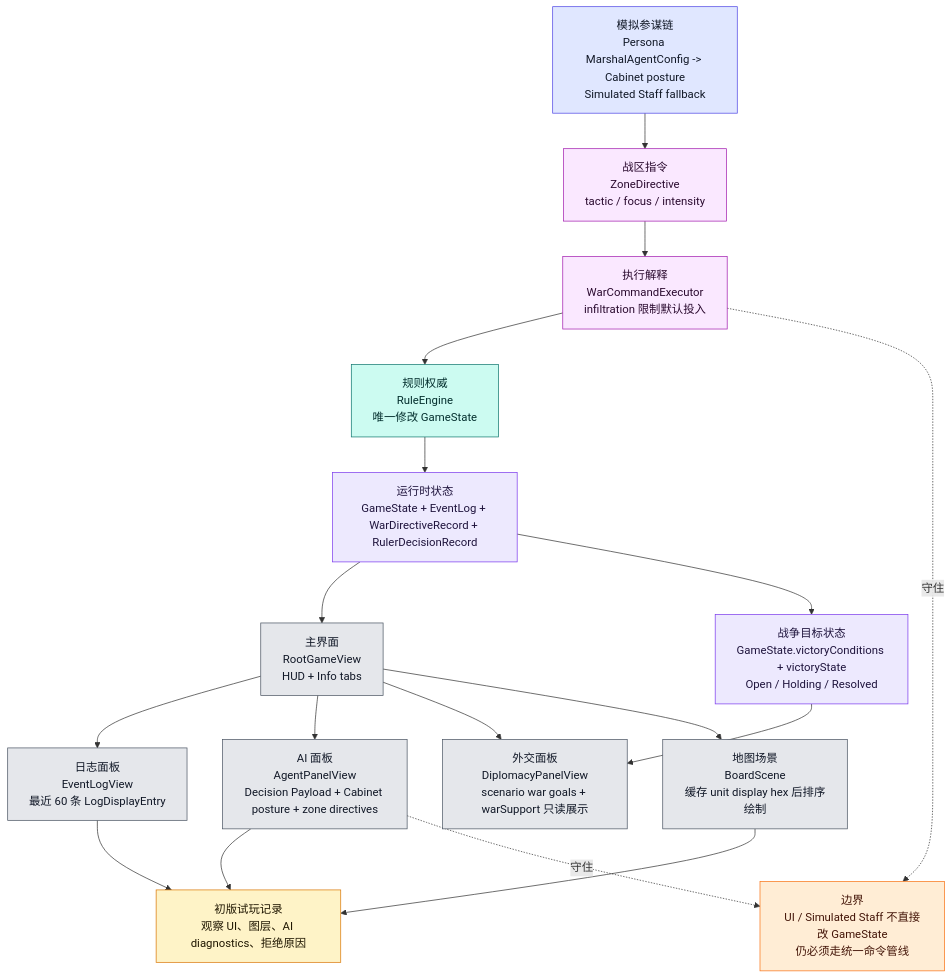
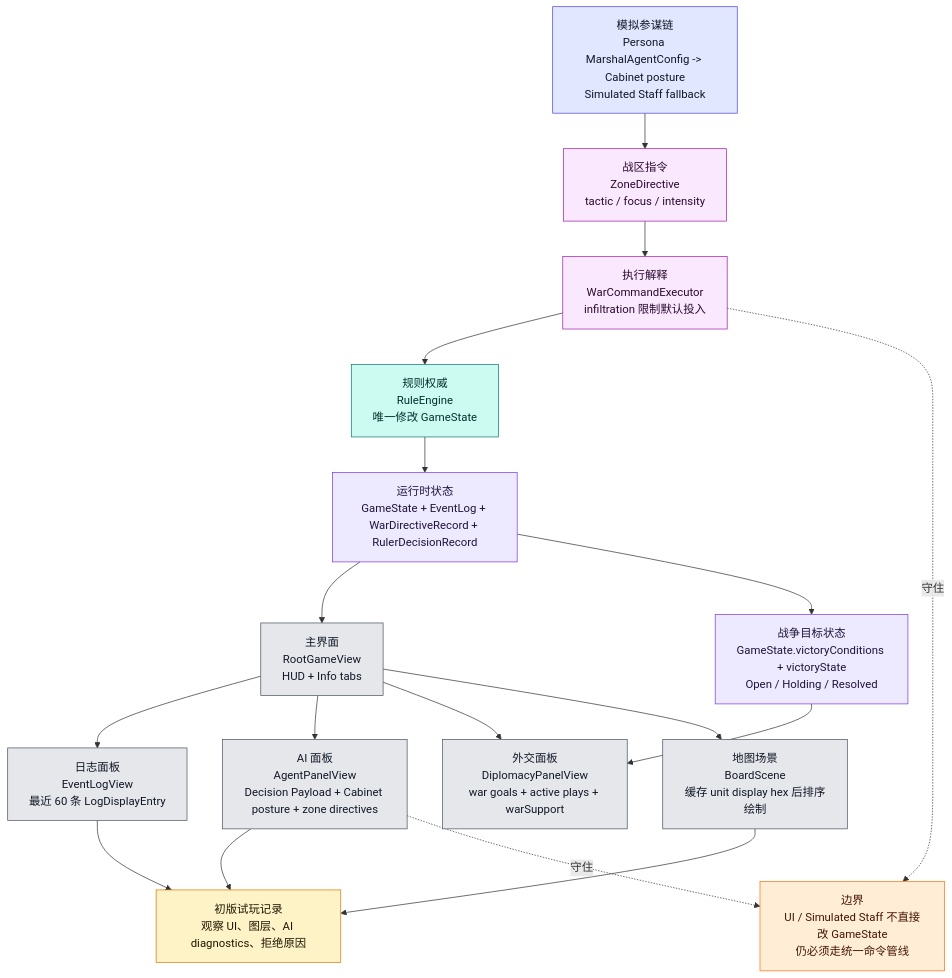
The eighth of 9 diagrams in md/flow/flowchart.md (Altman-sam114/126), drawn with Mermaid before and after one commit. The commit also changed other lines of this file and 9 other files, not shown here.

````diff
--- a/md/flow/flowchart.md
+++ b/md/flow/flowchart.md
@@ -432,38 +435,38 @@
 ```mermaid
 flowchart TD
     STATE["运行时状态<br/>GameState + EventLog + WarDirectiveRecord + RulerDecisionRecord"]:::state
     ROOT["主界面<br/>RootGameView<br/>HUD + Info tabs"]:::ui
     LOG["日志面板<br/>EventLogView<br/>最近 60 条 LogDisplayEntry"]:::ui
     AIUI["AI 面板<br/>AgentPanelView<br/>Decision Payload + Cabinet posture + zone directives"]:::ui
-    DIPUI["外交面板<br/>DiplomacyPanelView<br/>scenario war goals + warSupport 只读展示"]:::ui
+    DIPUI["外交面板<br/>DiplomacyPanelView<br/>war goals + active plays + warSupport"]:::ui
     GOALS["战争目标状态<br/>GameState.victoryConditions + victoryState<br/>Open / Holding / Resolved"]:::state
     BOARD["地图场景<br/>BoardScene<br/>缓存 unit display hex 后排序绘制"]:::ui
     MARSHAL["模拟参谋链<br/>Persona MarshalAgentConfig -> Cabinet posture<br/>Simulated Staff fallback"]:::ai
     ZD["战区指令<br/>ZoneDirective<br/>tactic / focus / intensity"]:::command
     WCE["执行解释<br/>WarCommandExecutor<br/>infiltration 限制默认投入"]:::command
     RULE["规则权威<br/>RuleEngine<br/>唯一修改 GameState"]:::rules
     PLAYTEST["初版试玩记录<br/>观察 UI、图层、AI diagnostics、拒绝原因"]:::doc
 
     STATE --> ROOT
     ROOT --> LOG
     ROOT --> AIUI
     ROOT --> DIPUI
     ROOT --> BOARD
     STATE --> GOALS --> DIPUI
     MARSHAL --> ZD --> WCE --> RULE --> STATE
     AIUI --> PLAYTEST
     LOG --> PLAYTEST
     BOARD --> PLAYTEST
 
     WARN["边界<br/>UI / Simulated Staff 不直接改 GameState<br/>仍必须走统一命令管线"]:::warn
     AIUI -.守住.-> WARN
     WCE -.守住.-> WARN
 
     classDef state fill:#ede9fe,stroke:#7c3aed,color:#1f143d
     classDef ui fill:#e5e7eb,stroke:#4b5563,color:#111827
     classDef ai fill:#e0e7ff,stroke:#4f46e5,color:#111827
     classDef command fill:#fae8ff,stroke:#a21caf,color:#2a0a2f
     classDef rules fill:#ccfbf1,stroke:#0f766e,color:#042f2e
     classDef doc fill:#fef3c7,stroke:#d97706,color:#1f1600
     classDef warn fill:#ffedd5,stroke:#f97316,color:#431407
 ```
````
